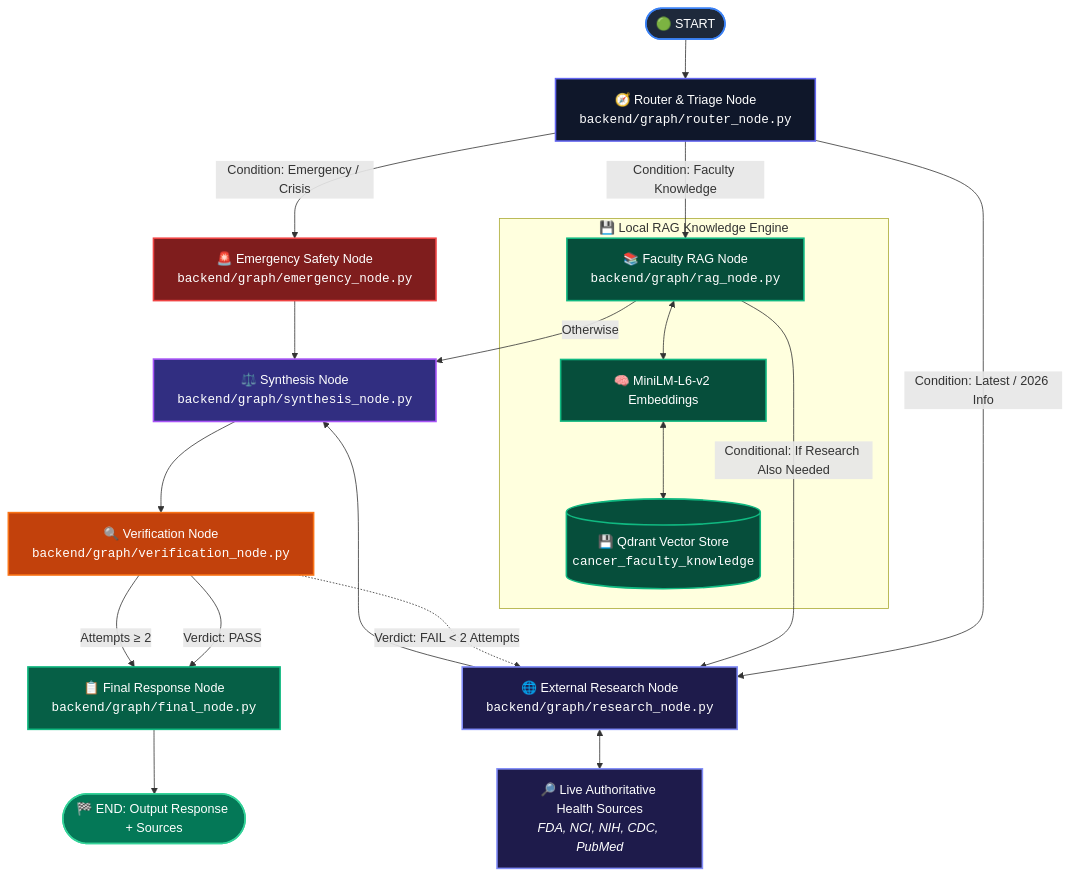
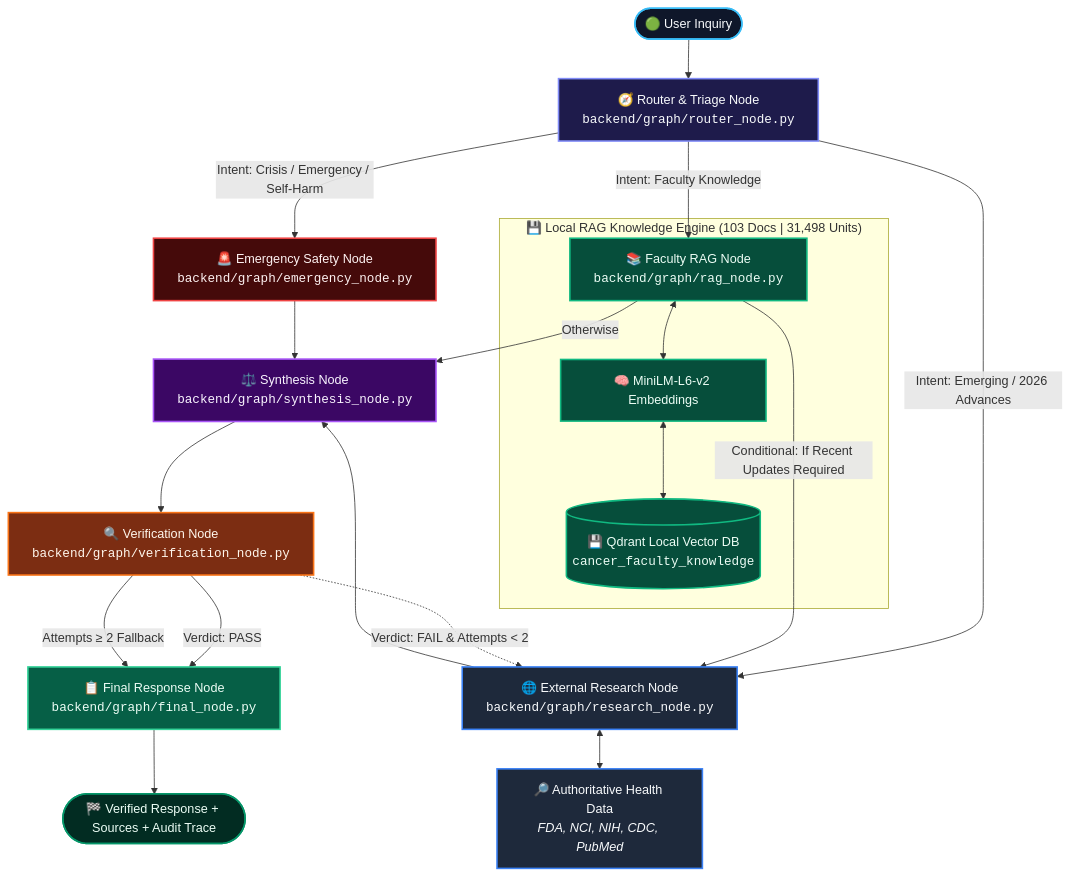
The first of 3 diagrams in README.md (Snigdha-0210/Cancer-multi-agent), drawn with Mermaid before and after one commit. The commit also changed other lines of this file and 12 other files, not shown here.

Commit message:
docs & rag: upgrade README with architecture, stategraph, 103-PDF corpus & multi-agent pipeline

````diff
--- a/README.md
+++ b/README.md
@@ -88,38 +98,41 @@
 ```mermaid
 flowchart TD
-    classDef inputStyle fill:#1e293b,stroke:#3b82f6,stroke-width:2px,color:#fff
-    classDef triageStyle fill:#0f172a,stroke:#6366f1,stroke-width:2px,color:#fff
-    classDef emergStyle fill:#7f1d1d,stroke:#ef4444,stroke-width:2px,color:#fff
-    classDef ragStyle fill:#064e3b,stroke:#10b981,stroke-width:2px,color:#fff
-    classDef resStyle fill:#1e1b4b,stroke:#818cf8,stroke-width:2px,color:#fff
-    classDef synthStyle fill:#312e81,stroke:#a855f7,stroke-width:2px,color:#fff
-    classDef verifStyle fill:#c2410c,stroke:#f97316,stroke-width:2px,color:#fff
-    classDef finalStyle fill:#065f46,stroke:#10b981,stroke-width:2px,color:#fff
-    classDef outStyle fill:#047857,stroke:#34d399,stroke-width:2px,color:#fff
+    classDef inputStyle fill:#0f172a,stroke:#38bdf8,stroke-width:2px,color:#f8fafc
+    classDef triageStyle fill:#1e1b4b,stroke:#818cf8,stroke-width:2px,color:#f8fafc
+    classDef emergStyle fill:#450a0a,stroke:#ef4444,stroke-width:2px,color:#fef2f2
+    classDef ragStyle fill:#064e3b,stroke:#10b981,stroke-width:2px,color:#ecfdf5
+    classDef resStyle fill:#1e293b,stroke:#3b82f6,stroke-width:2px,color:#f8fafc
+    classDef synthStyle fill:#3b0764,stroke:#a855f7,stroke-width:2px,color:#faf5ff
+    classDef verifStyle fill:#7c2d12,stroke:#f97316,stroke-width:2px,color:#fff7ed
+    classDef finalStyle fill:#065f46,stroke:#34d399,stroke-width:2px,color:#ecfdf5
+    classDef outStyle fill:#022c22,stroke:#059669,stroke-width:2px,color:#ecfdf5
 
-    Start([🟢 START]):::inputStyle --> Router[🧭 Router & Triage Node<br><code>backend/graph/router_node.py</code>]:::triageStyle
+    Start([🟢 User Inquiry]):::inputStyle --> Router[🧭 Router & Triage Node<br><code>backend/graph/router_node.py</code>]:::triageStyle
     
-    Router -->|Condition: Emergency / Crisis| EmergencyNode[🚨 Emergency Safety Node<br><code>backend/graph/emergency_node.py</code>]:::emergStyle
+    %% Emergency Branch
+    Router -->|Intent: Crisis / Emergency / Self-Harm| EmergencyNode[🚨 Emergency Safety Node<br><code>backend/graph/emergency_node.py</code>]:::emergStyle
     EmergencyNode --> SynthesisNode[⚖️ Synthesis Node<br><code>backend/graph/synthesis_node.py</code>]:::synthStyle
 
-    Router -->|Condition: Faculty Knowledge| RAGNode[📚 Faculty RAG Node<br><code>backend/graph/rag_node.py</code>]:::ragStyle
-    subgraph RAG_Layer ["💾 Local RAG Knowledge Engine"]
+    %% RAG & Research Branches
+    Router -->|Intent: Faculty Knowledge| RAGNode[📚 Faculty RAG Node<br><code>backend/graph/rag_node.py</code>]:::ragStyle
+    subgraph RAG_Layer ["💾 Local RAG Knowledge Engine (103 Docs | 31,498 Units)"]
         RAGNode <--> EmbedModel[🧠 MiniLM-L6-v2 Embeddings]:::ragStyle
-        EmbedModel <--> QdrantDB[(💾 Qdrant Vector Store<br><code>cancer_faculty_knowledge</code>)]:::ragStyle
+        EmbedModel <--> QdrantDB[(💾 Qdrant Local Vector DB<br><code>cancer_faculty_knowledge</code>)]:::ragStyle
     end
 
-    Router -->|Condition: Latest / 2026 Info| ResearchNode[🌐 External Research Node<br><code>backend/graph/research_node.py</code>]:::resStyle
-    ResearchNode <--> WebSources[🔎 Live Authoritative Health Sources<br><em>FDA, NCI, NIH, CDC, PubMed</em>]:::resStyle
+    Router -->|Intent: Emerging / 2026 Advances| ResearchNode[🌐 External Research Node<br><code>backend/graph/research_node.py</code>]:::resStyle
+    ResearchNode <--> WebSources[🔎 Authoritative Health Data<br><em>FDA, NCI, NIH, CDC, PubMed</em>]:::resStyle
 
-    RAGNode -->|Conditional: If Research Also Needed| ResearchNode
+    RAGNode -->|Conditional: If Recent Updates Required| ResearchNode
     RAGNode -->|Otherwise| SynthesisNode
     ResearchNode --> SynthesisNode
     
+    %% Synthesis & Verification Loop
     SynthesisNode --> VerifierNode[🔍 Verification Node<br><code>backend/graph/verification_node.py</code>]:::verifStyle
 
     VerifierNode -->|Verdict: PASS| FinalNode[📋 Final Response Node<br><code>backend/graph/final_node.py</code>]:::finalStyle
-    VerifierNode -.->|Verdict: FAIL &lt; 2 Attempts| ResearchNode
-    VerifierNode -->|Attempts &ge; 2| FinalNode
+    VerifierNode -.->|Verdict: FAIL &amp; Attempts &lt; 2| ResearchNode
+    VerifierNode -->|Attempts &ge; 2 Fallback| FinalNode
 
-    FinalNode --> End([🏁 END: Output Response + Sources]):::outStyle
+    FinalNode --> End([🏁 Verified Response + Sources + Audit Trace]):::outStyle
 ```
````
